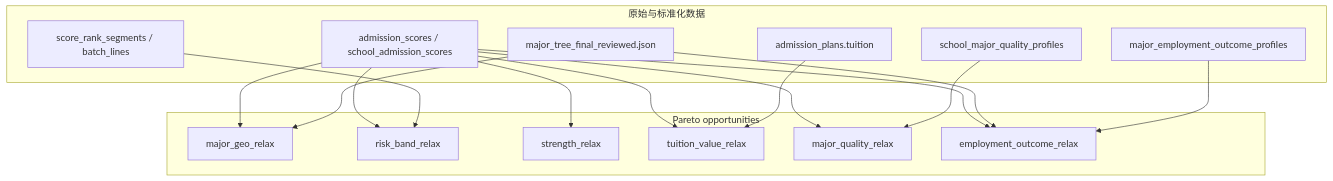
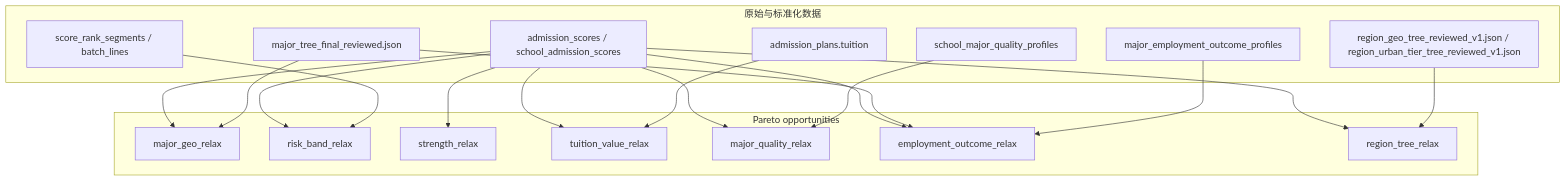
The fourth of 4 diagrams in gaokaollm_bench/outputs/thesis_figures_tables_pack.md (PZQ-ship-it/gaokaollm-v2), drawn with Mermaid before and after one commit. The commit also changed other lines of this file, not shown here.

Commit message:
feat:更新论文图表与算法表格素材包为七实验口径

````diff
--- a/gaokaollm_bench/outputs/thesis_figures_tables_pack.md
+++ b/gaokaollm_bench/outputs/thesis_figures_tables_pack.md
@@ -140,33 +146,37 @@
 ```mermaid
 flowchart TD
     subgraph RAW["原始与标准化数据"]
         A1["admission_scores / school_admission_scores"]
         A2["score_rank_segments / batch_lines"]
         A3["admission_plans.tuition"]
         A4["major_tree_final_reviewed.json"]
         A5["school_major_quality_profiles"]
         A6["major_employment_outcome_profiles"]
+        A7["region_geo_tree_reviewed_v1.json / region_urban_tier_tree_reviewed_v1.json"]
     end
 
     subgraph RELAX["Pareto opportunities"]
         R1["major_geo_relax"]
         R2["risk_band_relax"]
         R3["strength_relax"]
         R4["tuition_value_relax"]
         R5["major_quality_relax"]
         R6["employment_outcome_relax"]
+        R7["region_tree_relax"]
     end
 
     A1 --> R1
     A1 --> R2
     A1 --> R3
     A1 --> R4
     A1 --> R5
     A1 --> R6
+    A1 --> R7
     A2 --> R2
     A3 --> R4
     A4 --> R1
     A4 --> R6
     A5 --> R5
     A6 --> R6
+    A7 --> R7
 ```
````
